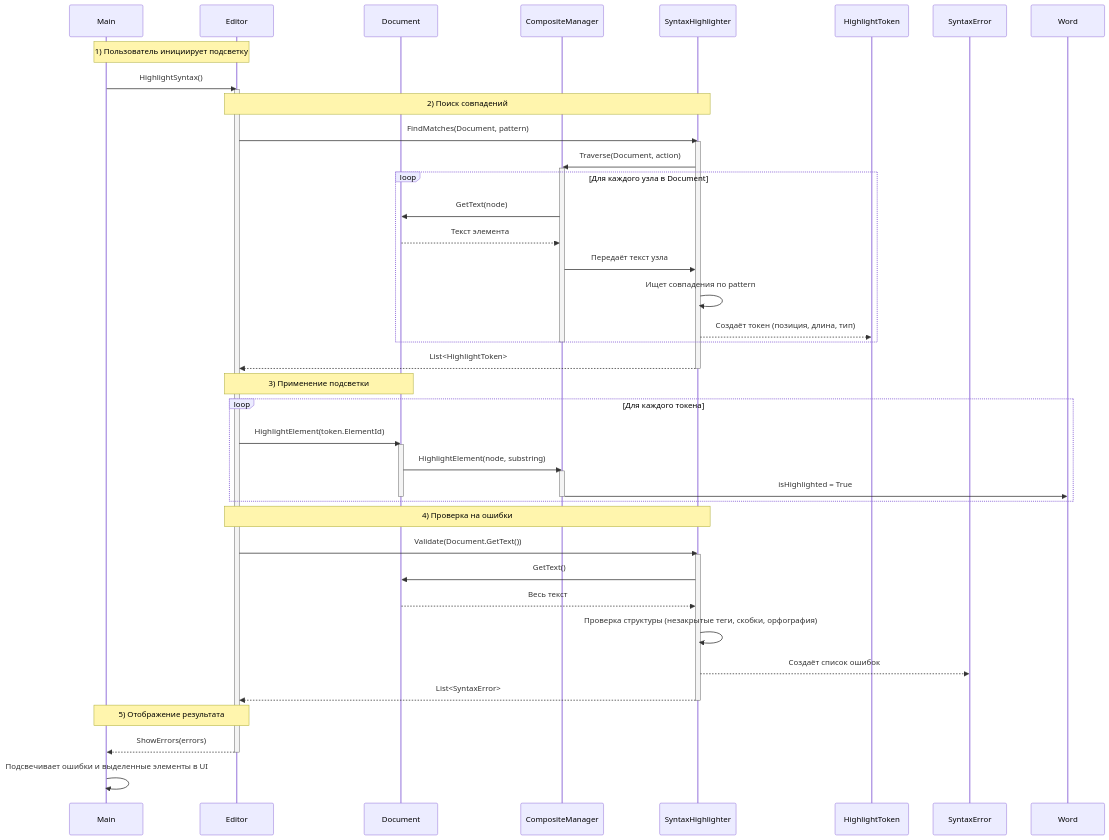
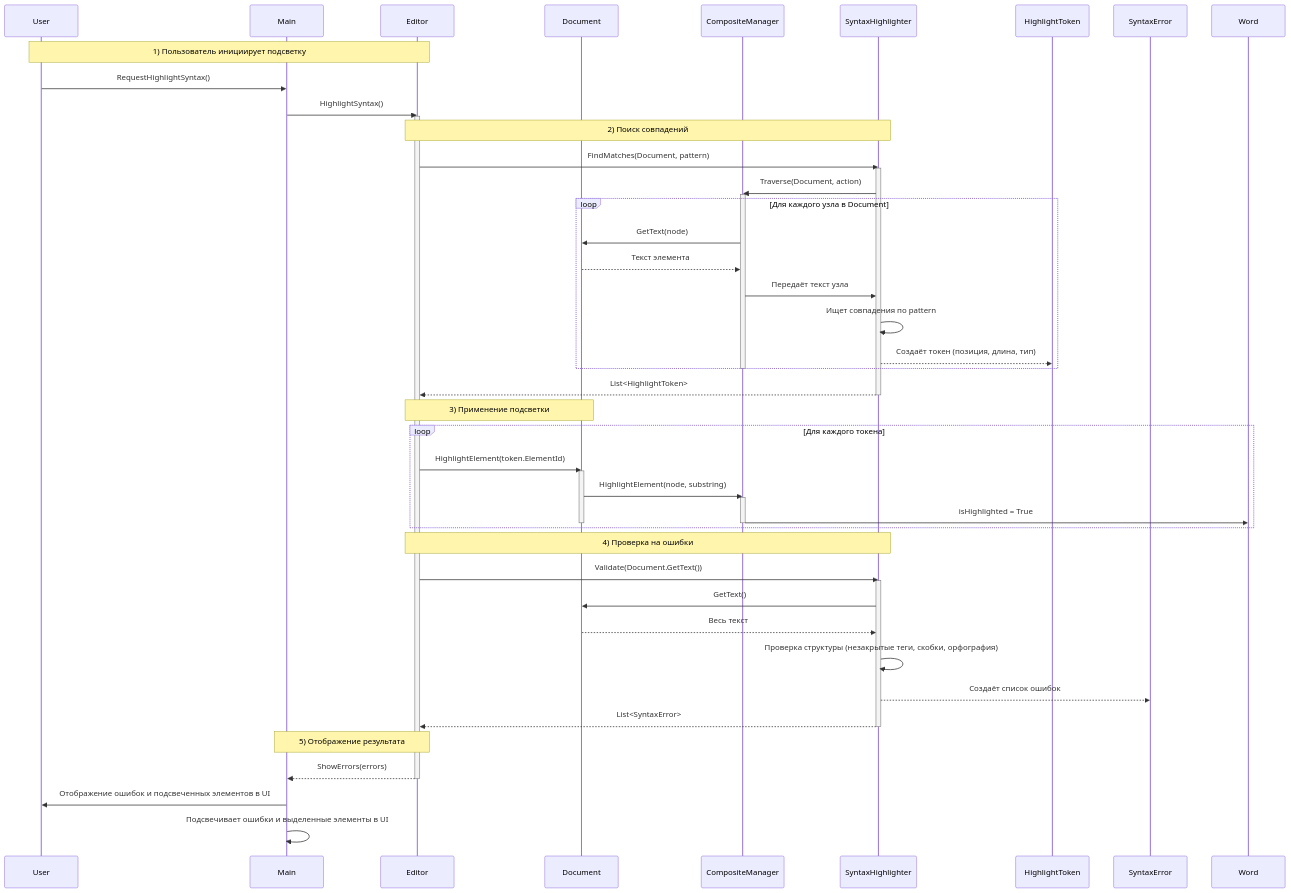
One commit to penamarth/bsbo-03-23_team6_var11_textedit changed the diagram in Документация/Сценарии использования/04-Подсветка синтаксиса/Диаграмма последовательности Подсветка синтаксиса.md. Above: the diagram before and after it, drawn with Mermaid.

Commit message:
Update Диаграмма последовательности Подсветка синтаксиса.md

````diff
--- a/Документация/Сценарии использования/04-Подсветка синтаксиса/Диаграмма последовательности Подсветка синтаксиса.md
+++ b/Документация/Сценарии использования/04-Подсветка синтаксиса/Диаграмма последовательности Подсветка синтаксиса.md
@@ -3,81 +3,86 @@
 ```mermaid
 sequenceDiagram
+    participant User
     participant Main
     participant Editor
     participant Document
     participant CompositeManager
     participant SyntaxHighlighter
     participant HighlightToken
     participant SyntaxError
+    participant Word
 
     %% -------------------------------
-    Note over Main, Editor: 1) Пользователь инициирует подсветку
+    Note over User, Editor: 1) Пользователь инициирует подсветку
     %% -------------------------------
 
+    User->>Main: RequestHighlightSyntax()
     Main->>Editor: HighlightSyntax()
     activate Editor
 
     %% -------------------------------
     Note over Editor, SyntaxHighlighter: 2) Поиск совпадений
     %% -------------------------------
 
     Editor->>SyntaxHighlighter: FindMatches(Document, pattern)
     activate SyntaxHighlighter
 
     %% Traverse документа через CompositeManager
     SyntaxHighlighter->>CompositeManager: Traverse(Document, action)
     activate CompositeManager
 
     loop Для каждого узла в Document
         CompositeManager->>Document: GetText(node)
         Document-->>CompositeManager: Текст элемента
         CompositeManager->>SyntaxHighlighter: Передаёт текст узла
         SyntaxHighlighter->>SyntaxHighlighter: Ищет совпадения по pattern
         SyntaxHighlighter-->>HighlightToken: Создаёт токен (позиция, длина, тип)
     end
     deactivate CompositeManager
 
     SyntaxHighlighter-->>Editor: List<HighlightToken>
     deactivate SyntaxHighlighter
 
     %% -------------------------------
     Note over Editor, Document: 3) Применение подсветки
     %% -------------------------------
 
     loop Для каждого токена
         Editor->>Document: HighlightElement(token.ElementId)
         activate Document
         Document->>CompositeManager: HighlightElement(node, substring)
         activate CompositeManager
         CompositeManager->>Word: isHighlighted = True
         deactivate CompositeManager
         deactivate Document
     end
 
     %% -------------------------------
     Note over Editor, SyntaxHighlighter: 4) Проверка на ошибки
     %% -------------------------------
 
     Editor->>SyntaxHighlighter: Validate(Document.GetText())
     activate SyntaxHighlighter
 
     SyntaxHighlighter->>Document: GetText()
     Document-->>SyntaxHighlighter: Весь текст
     SyntaxHighlighter->>SyntaxHighlighter: Проверка структуры (незакрытые теги, скобки, орфография)
     SyntaxHighlighter-->>SyntaxError: Создаёт список ошибок
     SyntaxHighlighter-->>Editor: List<SyntaxError>
     deactivate SyntaxHighlighter
 
     %% -------------------------------
     Note over Editor, Main: 5) Отображение результата
     %% -------------------------------
 
     Editor-->>Main: ShowErrors(errors)
     deactivate Editor
 
+    Main->>User: Отображение ошибок и подсвеченных элементов в UI
     Main->>Main: Подсвечивает ошибки и выделенные элементы в UI
+
 
    
 
 
 ```
````
